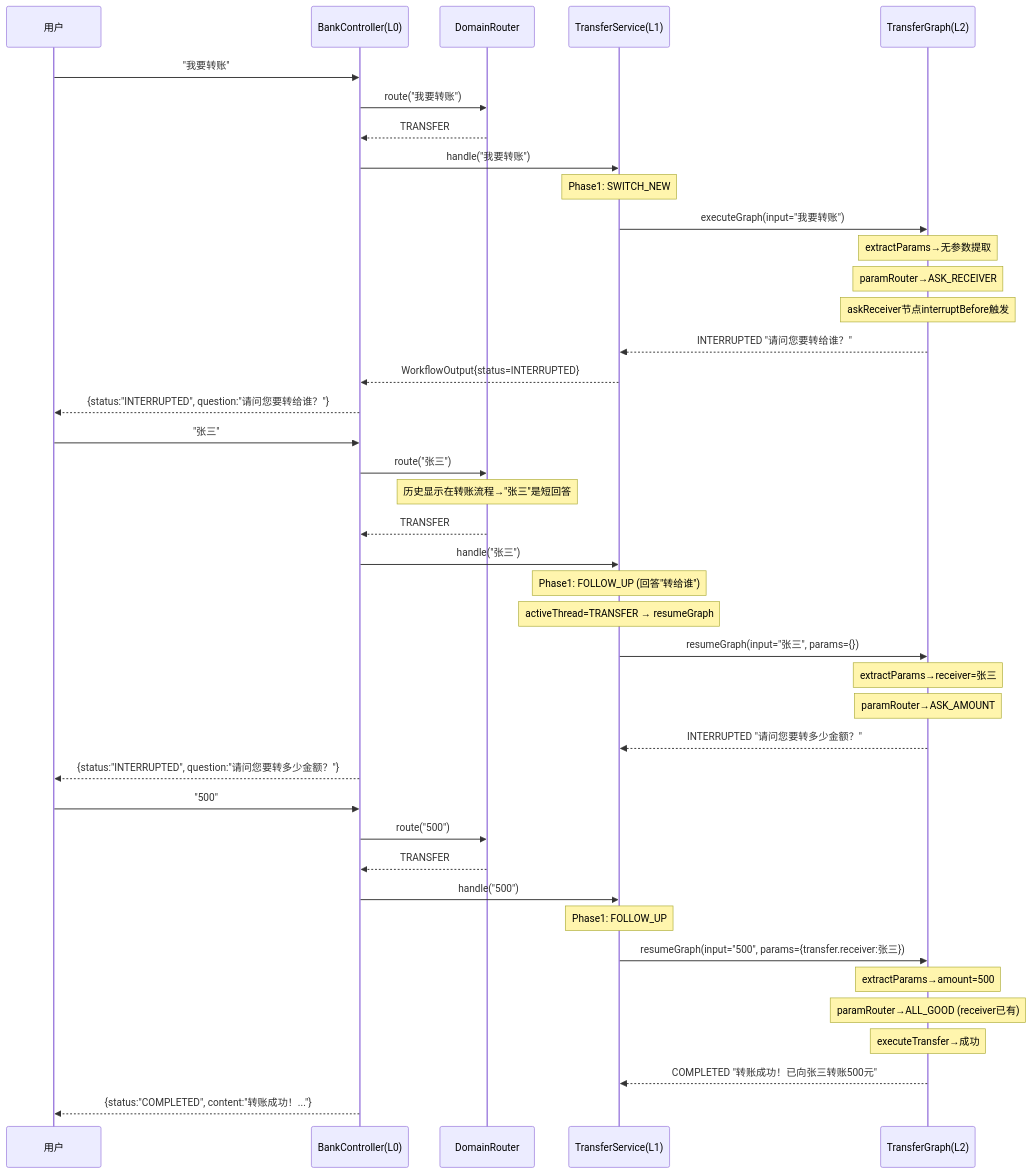
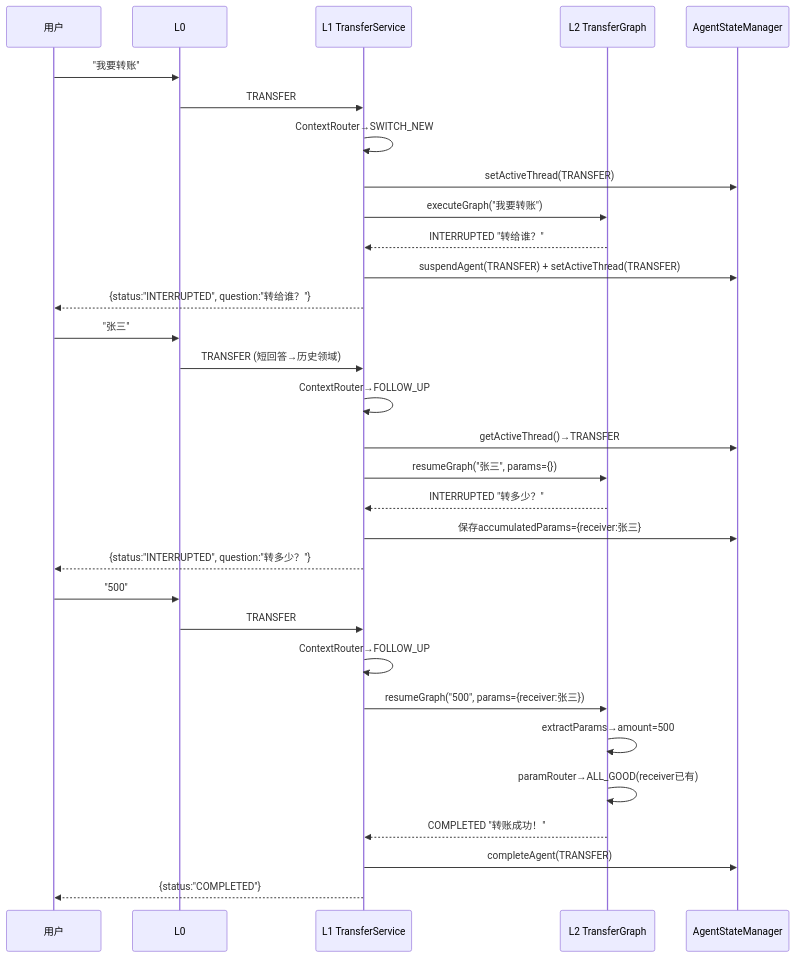
Before and after one commit to michael-lin-45/mobile-ai-bank-demo---workbuddy: diagram 13 of 22 in ARCHITECTURE-FULL.md, drawn with Mermaid. The commit also changed other lines of this file and 30 other files, not shown here.

````diff
--- a/ARCHITECTURE-FULL.md
+++ b/ARCHITECTURE-FULL.md
@@ -462,46 +500,36 @@
 ```mermaid
 sequenceDiagram
     participant U as 用户
-    participant BC as BankController(L0)
-    participant DR as DomainRouter
-    participant TS as TransferService(L1)
-    participant TG as TransferGraph(L2)
+    participant L0 as L0
+    participant L1 as L1 TransferService
+    participant L2 as L2 TransferGraph
+    participant SM as AgentStateManager
     
-    U->>BC: "我要转账"
-    BC->>DR: route("我要转账")
-    DR-->>BC: TRANSFER
-    BC->>TS: handle("我要转账")
-    Note over TS: Phase1: SWITCH_NEW
-    TS->>TG: executeGraph(input="我要转账")
-    Note over TG: extractParams→无参数提取
-    Note over TG: paramRouter→ASK_RECEIVER
-    Note over TG: askReceiver节点interruptBefore触发
-    TG-->>TS: INTERRUPTED "请问您要转给谁？"
-    TS-->>BC: WorkflowOutput{status=INTERRUPTED}
-    BC-->>U: {status:"INTERRUPTED", question:"请问您要转给谁？"}
+    U->>L0: "我要转账"
+    L0->>L1: TRANSFER
+    L1->>L1: ContextRouter→SWITCH_NEW
+    L1->>SM: setActiveThread(TRANSFER)
+    L1->>L2: executeGraph("我要转账")
+    L2-->>L1: INTERRUPTED "转给谁？"
+    L1->>SM: suspendAgent(TRANSFER) + setActiveThread(TRANSFER)
+    L1-->>U: {status:"INTERRUPTED", question:"转给谁？"}
     
-    U->>BC: "张三"
-    BC->>DR: route("张三")
-    Note over DR: 历史显示在转账流程→"张三"是短回答
-    DR-->>BC: TRANSFER
-    BC->>TS: handle("张三")
-    Note over TS: Phase1: FOLLOW_UP (回答"转给谁")
-    Note over TS: activeThread=TRANSFER → resumeGraph
-    TS->>TG: resumeGraph(input="张三", params={})
-    Note over TG: extractParams→receiver=张三
-    Note over TG: paramRouter→ASK_AMOUNT
-    TG-->>TS: INTERRUPTED "请问您要转多少金额？"
-    BC-->>U: {status:"INTERRUPTED", question:"请问您要转多少金额？"}
+    U->>L0: "张三"
+    L0->>L1: TRANSFER (短回答→历史领域)
+    L1->>L1: ContextRouter→FOLLOW_UP
+    L1->>SM: getActiveThread()→TRANSFER
+    L1->>L2: resumeGraph("张三", params={})
+    L2-->>L1: INTERRUPTED "转多少？"
+    L1->>SM: 保存accumulatedParams={receiver:张三}
+    L1-->>U: {status:"INTERRUPTED", question:"转多少？"}
     
-    U->>BC: "500"
-    BC->>DR: route("500")
-    DR-->>BC: TRANSFER
-    BC->>TS: handle("500")
-    Note over TS: Phase1: FOLLOW_UP
-    TS->>TG: resumeGraph(input="500", params={transfer.receiver:张三})
-    Note over TG: extractParams→amount=500
-    Note over TG: paramRouter→ALL_GOOD (receiver已有)
-    Note over TG: executeTransfer→成功
-    TG-->>TS: COMPLETED "转账成功！已向张三转账500元"
-    BC-->>U: {status:"COMPLETED", content:"转账成功！..."}
+    U->>L0: "500"
+    L0->>L1: TRANSFER
+    L1->>L1: ContextRouter→FOLLOW_UP
+    L1->>L2: resumeGraph("500", params={receiver:张三})
+    L2->>L2: extractParams→amount=500
+    L2->>L2: paramRouter→ALL_GOOD(receiver已有)
+    L2-->>L1: COMPLETED "转账成功！"
+    L1->>SM: completeAgent(TRANSFER)
+    L1-->>U: {status:"COMPLETED"}
 ```
````
